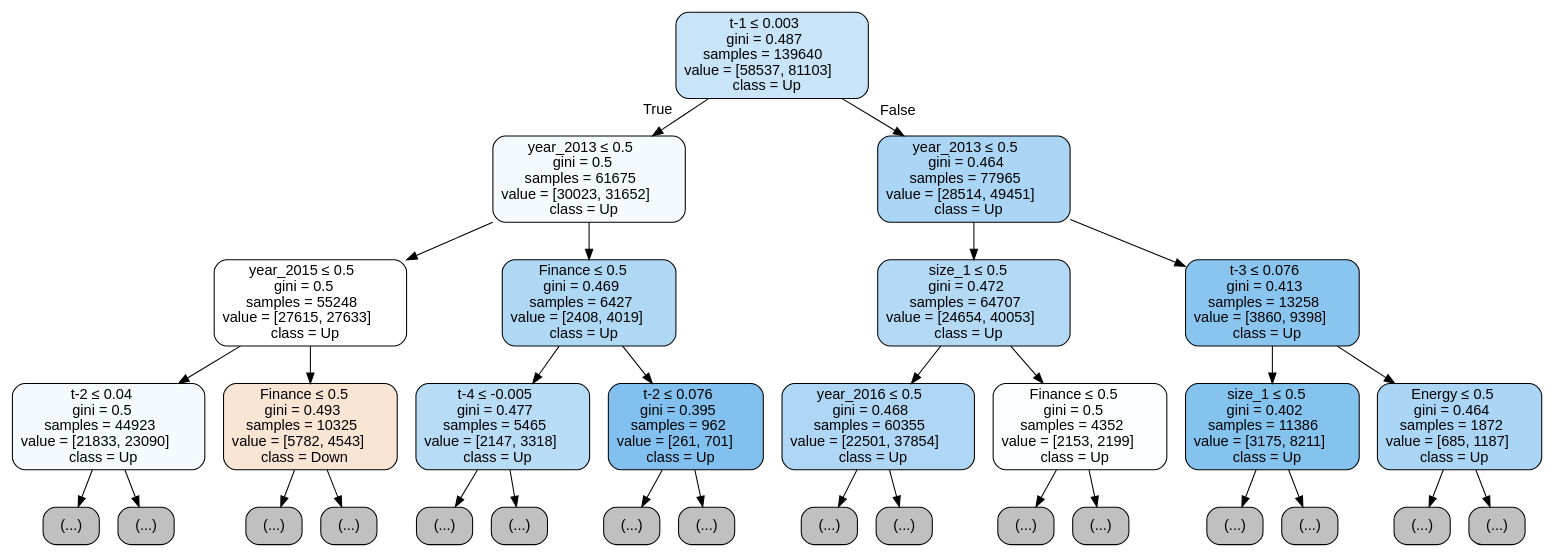
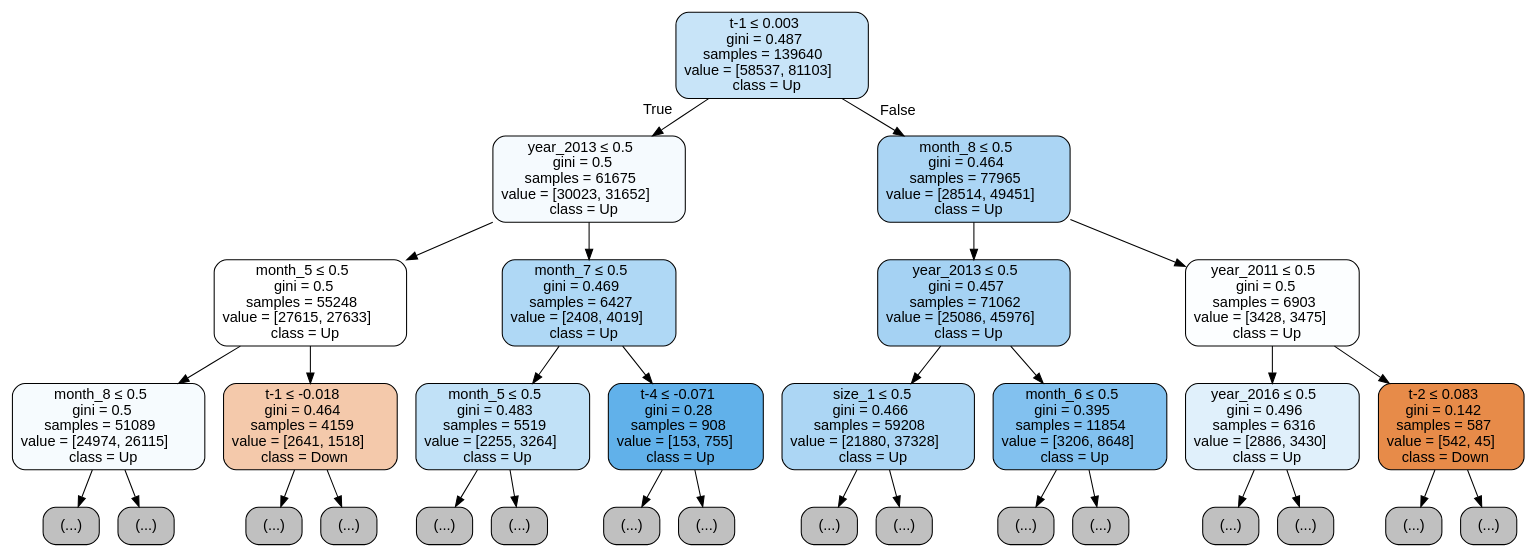
The diagram in 09_decision_trees_random_forests/classifier.dot (PaulClas/machine-learning-for-trading), drawn with Graphviz before and after one commit. The commit also changed 37 other files, not shown here.

```diff
--- a/09_decision_trees_random_forests/classifier.dot
+++ b/09_decision_trees_random_forests/classifier.dot
@@ -1,65 +1,65 @@
 digraph Tree {
 node [shape=box, style="filled, rounded", color="black", fontname=helvetica] ;
 edge [fontname=helvetica] ;
 0 [label=<t-1 &le; 0.003<br/>gini = 0.487<br/>samples = 139640<br/>value = [58537, 81103]<br/>class = Up>, fillcolor="#399de547"] ;
 1 [label=<year_2013 &le; 0.5<br/>gini = 0.5<br/>samples = 61675<br/>value = [30023, 31652]<br/>class = Up>, fillcolor="#399de50d"] ;
 0 -> 1 [labeldistance=2.5, labelangle=45, headlabel="True"] ;
-2 [label=<year_2015 &le; 0.5<br/>gini = 0.5<br/>samples = 55248<br/>value = [27615, 27633]<br/>class = Up>, fillcolor="#399de500"] ;
+2 [label=<month_5 &le; 0.5<br/>gini = 0.5<br/>samples = 55248<br/>value = [27615, 27633]<br/>class = Up>, fillcolor="#399de500"] ;
 1 -> 2 ;
-3 [label=<t-2 &le; 0.04<br/>gini = 0.5<br/>samples = 44923<br/>value = [21833, 23090]<br/>class = Up>, fillcolor="#399de50e"] ;
+3 [label=<month_8 &le; 0.5<br/>gini = 0.5<br/>samples = 51089<br/>value = [24974, 26115]<br/>class = Up>, fillcolor="#399de50b"] ;
 2 -> 3 ;
 4 [label="(...)", fillcolor="#C0C0C0"] ;
 3 -> 4 ;
 7 [label="(...)", fillcolor="#C0C0C0"] ;
 3 -> 7 ;
-10 [label=<Finance &le; 0.5<br/>gini = 0.493<br/>samples = 10325<br/>value = [5782, 4543]<br/>class = Down>, fillcolor="#e5813937"] ;
+10 [label=<t-1 &le; -0.018<br/>gini = 0.464<br/>samples = 4159<br/>value = [2641, 1518]<br/>class = Down>, fillcolor="#e581396c"] ;
 2 -> 10 ;
 11 [label="(...)", fillcolor="#C0C0C0"] ;
 10 -> 11 ;
 14 [label="(...)", fillcolor="#C0C0C0"] ;
 10 -> 14 ;
-17 [label=<Finance &le; 0.5<br/>gini = 0.469<br/>samples = 6427<br/>value = [2408, 4019]<br/>class = Up>, fillcolor="#399de566"] ;
+17 [label=<month_7 &le; 0.5<br/>gini = 0.469<br/>samples = 6427<br/>value = [2408, 4019]<br/>class = Up>, fillcolor="#399de566"] ;
 1 -> 17 ;
-18 [label=<t-4 &le; -0.005<br/>gini = 0.477<br/>samples = 5465<br/>value = [2147, 3318]<br/>class = Up>, fillcolor="#399de55a"] ;
+18 [label=<month_5 &le; 0.5<br/>gini = 0.483<br/>samples = 5519<br/>value = [2255, 3264]<br/>class = Up>, fillcolor="#399de54f"] ;
 17 -> 18 ;
 19 [label="(...)", fillcolor="#C0C0C0"] ;
 18 -> 19 ;
 22 [label="(...)", fillcolor="#C0C0C0"] ;
 18 -> 22 ;
-25 [label=<t-2 &le; 0.076<br/>gini = 0.395<br/>samples = 962<br/>value = [261, 701]<br/>class = Up>, fillcolor="#399de5a0"] ;
+25 [label=<t-4 &le; -0.071<br/>gini = 0.28<br/>samples = 908<br/>value = [153, 755]<br/>class = Up>, fillcolor="#399de5cb"] ;
 17 -> 25 ;
 26 [label="(...)", fillcolor="#C0C0C0"] ;
 25 -> 26 ;
 29 [label="(...)", fillcolor="#C0C0C0"] ;
 25 -> 29 ;
-32 [label=<year_2013 &le; 0.5<br/>gini = 0.464<br/>samples = 77965<br/>value = [28514, 49451]<br/>class = Up>, fillcolor="#399de56c"] ;
+32 [label=<month_8 &le; 0.5<br/>gini = 0.464<br/>samples = 77965<br/>value = [28514, 49451]<br/>class = Up>, fillcolor="#399de56c"] ;
 0 -> 32 [labeldistance=2.5, labelangle=-45, headlabel="False"] ;
-33 [label=<size_1 &le; 0.5<br/>gini = 0.472<br/>samples = 64707<br/>value = [24654, 40053]<br/>class = Up>, fillcolor="#399de562"] ;
+33 [label=<year_2013 &le; 0.5<br/>gini = 0.457<br/>samples = 71062<br/>value = [25086, 45976]<br/>class = Up>, fillcolor="#399de574"] ;
 32 -> 33 ;
-34 [label=<year_2016 &le; 0.5<br/>gini = 0.468<br/>samples = 60355<br/>value = [22501, 37854]<br/>class = Up>, fillcolor="#399de567"] ;
+34 [label=<size_1 &le; 0.5<br/>gini = 0.466<br/>samples = 59208<br/>value = [21880, 37328]<br/>class = Up>, fillcolor="#399de56a"] ;
 33 -> 34 ;
 35 [label="(...)", fillcolor="#C0C0C0"] ;
 34 -> 35 ;
 38 [label="(...)", fillcolor="#C0C0C0"] ;
 34 -> 38 ;
-41 [label=<Finance &le; 0.5<br/>gini = 0.5<br/>samples = 4352<br/>value = [2153, 2199]<br/>class = Up>, fillcolor="#399de505"] ;
+41 [label=<month_6 &le; 0.5<br/>gini = 0.395<br/>samples = 11854<br/>value = [3206, 8648]<br/>class = Up>, fillcolor="#399de5a0"] ;
 33 -> 41 ;
 42 [label="(...)", fillcolor="#C0C0C0"] ;
 41 -> 42 ;
 45 [label="(...)", fillcolor="#C0C0C0"] ;
 41 -> 45 ;
-48 [label=<t-3 &le; 0.076<br/>gini = 0.413<br/>samples = 13258<br/>value = [3860, 9398]<br/>class = Up>, fillcolor="#399de596"] ;
+48 [label=<year_2011 &le; 0.5<br/>gini = 0.5<br/>samples = 6903<br/>value = [3428, 3475]<br/>class = Up>, fillcolor="#399de503"] ;
 32 -> 48 ;
-49 [label=<size_1 &le; 0.5<br/>gini = 0.402<br/>samples = 11386<br/>value = [3175, 8211]<br/>class = Up>, fillcolor="#399de59c"] ;
+49 [label=<year_2016 &le; 0.5<br/>gini = 0.496<br/>samples = 6316<br/>value = [2886, 3430]<br/>class = Up>, fillcolor="#399de528"] ;
 48 -> 49 ;
 50 [label="(...)", fillcolor="#C0C0C0"] ;
 49 -> 50 ;
 53 [label="(...)", fillcolor="#C0C0C0"] ;
 49 -> 53 ;
-56 [label=<Energy &le; 0.5<br/>gini = 0.464<br/>samples = 1872<br/>value = [685, 1187]<br/>class = Up>, fillcolor="#399de56c"] ;
+56 [label=<t-2 &le; 0.083<br/>gini = 0.142<br/>samples = 587<br/>value = [542, 45]<br/>class = Down>, fillcolor="#e58139ea"] ;
 48 -> 56 ;
 57 [label="(...)", fillcolor="#C0C0C0"] ;
 56 -> 57 ;
 60 [label="(...)", fillcolor="#C0C0C0"] ;
 56 -> 60 ;
 }
```
